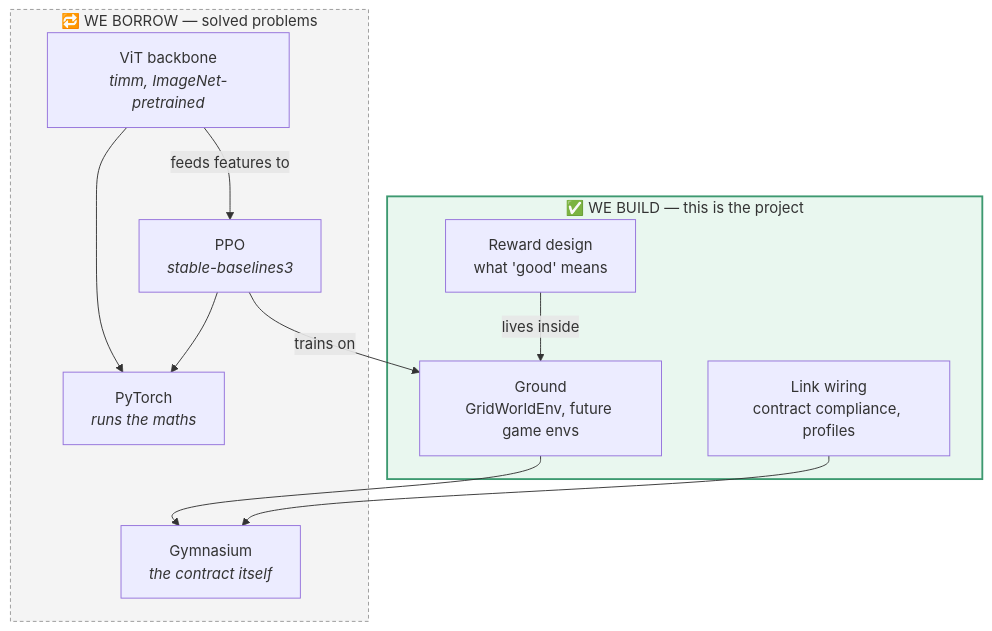
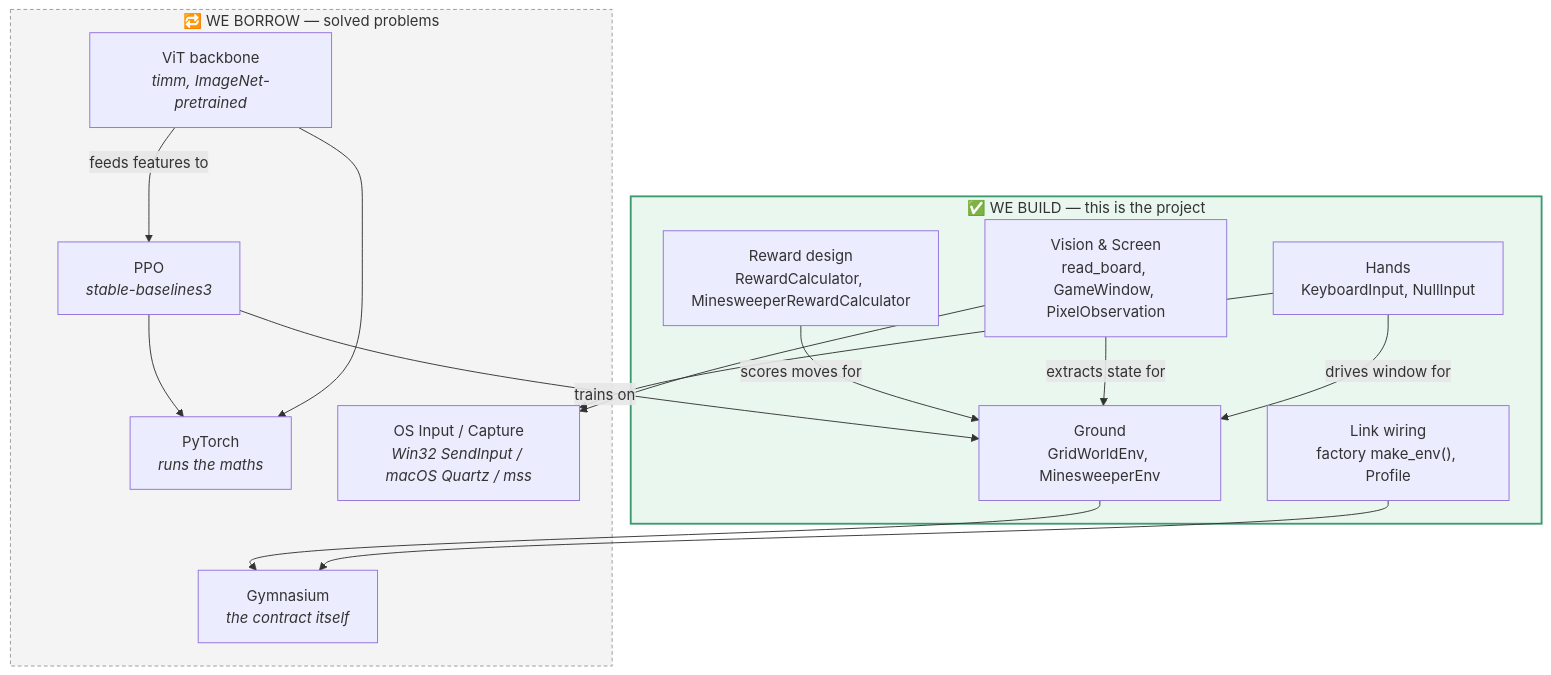
One commit to Showerss/GameTrainer changed the second of 6 diagrams in docs/UML_FULL.md. Above: the diagram before and after it, drawn with Mermaid. The commit also changed other lines of this file and 6 other files, not shown here.

````diff
--- a/docs/UML_FULL.md
+++ b/docs/UML_FULL.md
@@ -66,26 +65,33 @@
 ```mermaid
 flowchart TB
     subgraph WEBUILD["✅ WE BUILD — this is the project"]
-        G["Ground<br/>GridWorldEnv, future game envs"]
-        L["Link wiring<br/>contract compliance, profiles"]
-        R["Reward design<br/>what 'good' means"]
+        G["Ground<br/>GridWorldEnv, MinesweeperEnv"]
+        L["Link wiring<br/>factory make_env(), Profile"]
+        R["Reward design<br/>RewardCalculator, MinesweeperRewardCalculator"]
+        V["Vision & Screen<br/>read_board, GameWindow, PixelObservation"]
+        H["Hands<br/>KeyboardInput, NullInput"]
     end
 
     subgraph WEBORROW["🔁 WE BORROW — solved problems"]
         P["PPO<br/><i>stable-baselines3</i>"]
-        V["ViT backbone<br/><i>timm, ImageNet-pretrained</i>"]
+        VT["ViT backbone<br/><i>timm, ImageNet-pretrained</i>"]
         GY["Gymnasium<br/><i>the contract itself</i>"]
         T["PyTorch<br/><i>runs the maths</i>"]
+        OS["OS Input / Capture<br/><i>Win32 SendInput / macOS Quartz / mss</i>"]
     end
 
     G --> GY
     L --> GY
     P --> T
-    V --> T
+    VT --> T
     P -- "trains on" --> G
-    V -- "feeds features to" --> P
-    R -- "lives inside" --> G
+    VT -- "feeds features to" --> P
+    R -- "scores moves for" --> G
+    V -- "extracts state for" --> G
+    H -- "drives window for" --> G
+    H --> OS
+    V --> OS
 
     style WEBUILD fill:#e9f7ef,stroke:#3d9970,stroke-width:2px
     style WEBORROW fill:#f4f4f4,stroke:#999999,stroke-dasharray:4 3
 ```
````
